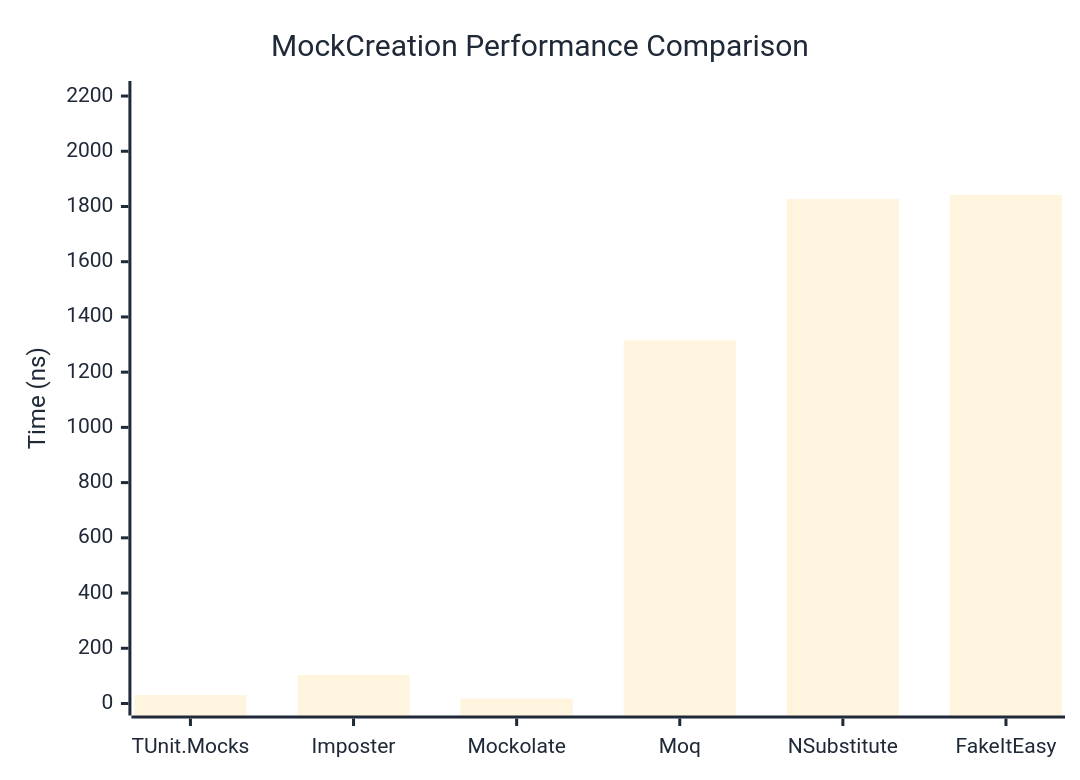
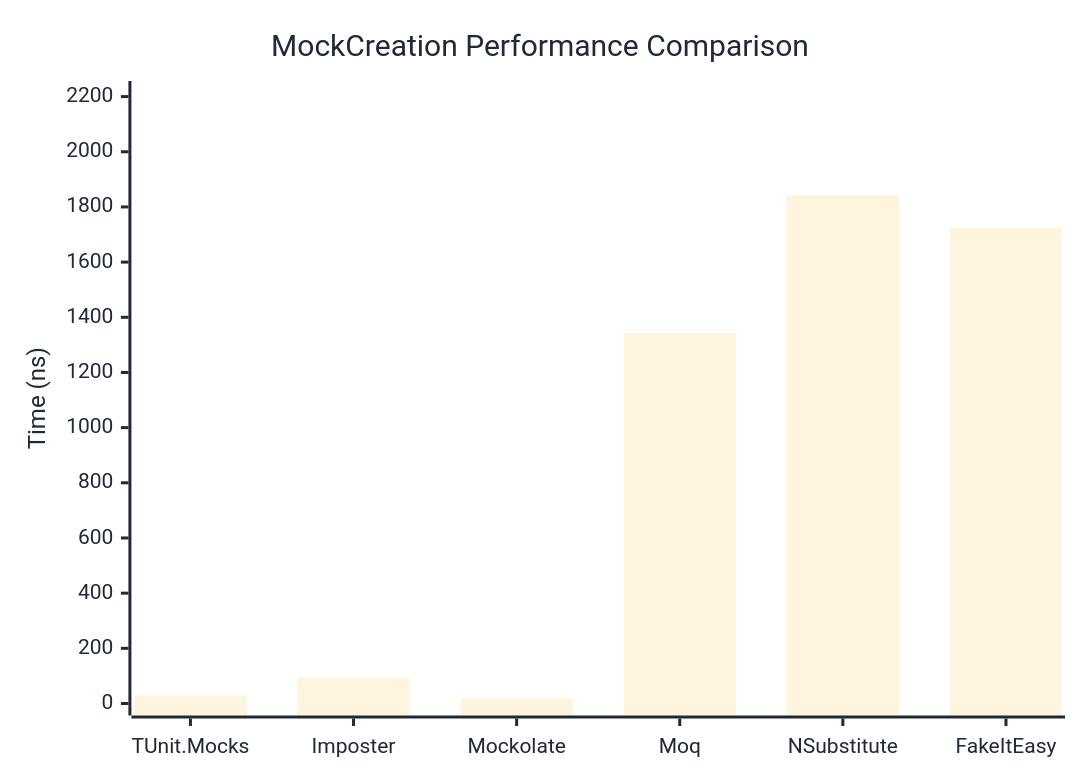
One commit to thomhurst/TUnit changed the first of 2 diagrams in docs/docs/benchmarks/mocks/MockCreation.md. Above: the diagram before and after it, drawn with Mermaid. The commit also changed other lines of this file and 14 other files, not shown here.

````diff
--- a/docs/docs/benchmarks/mocks/MockCreation.md
+++ b/docs/docs/benchmarks/mocks/MockCreation.md
@@ -30,27 +30,27 @@
 ```mermaid
 %%{init: {
   'theme':'base',
   'themeVariables': {
     'primaryColor': '#2563eb',
     'primaryTextColor': '#1f2937',
     'primaryBorderColor': '#1e40af',
     'lineColor': '#6b7280',
     'secondaryColor': '#7c3aed',
     'tertiaryColor': '#dc2626',
     'background': '#ffffff',
     'pie1': '#2563eb',
     'pie2': '#7c3aed',
     'pie3': '#dc2626',
     'pie4': '#f59e0b',
     'pie5': '#10b981',
     'pie6': '#06b6d4',
     'pie7': '#ec4899',
     'pie8': '#6366f1'
   }
 }}%%
 xychart-beta
   title "MockCreation Performance Comparison"
   x-axis ["TUnit.Mocks", "Imposter", "Mockolate", "Moq", "NSubstitute", "FakeItEasy"]
-  y-axis "Time (ns)" 0 --> 2211
-  bar [30.56, 103.34, 17.99, 1314.97, 1827.51, 1842.15]
+  y-axis "Time (ns)" 0 --> 2213
+  bar [29.47, 93.36, 18.54, 1343.3, 1843.55, 1723.54]
 ```
````
